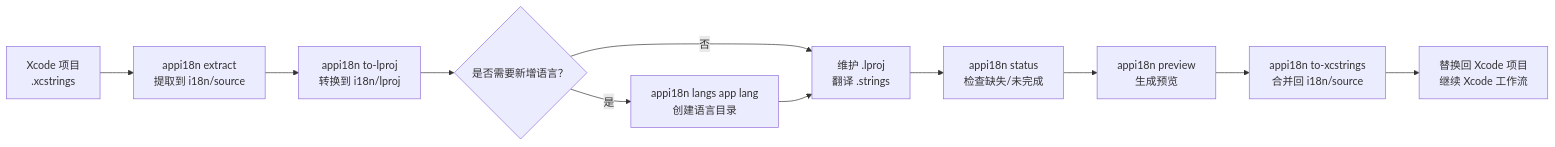
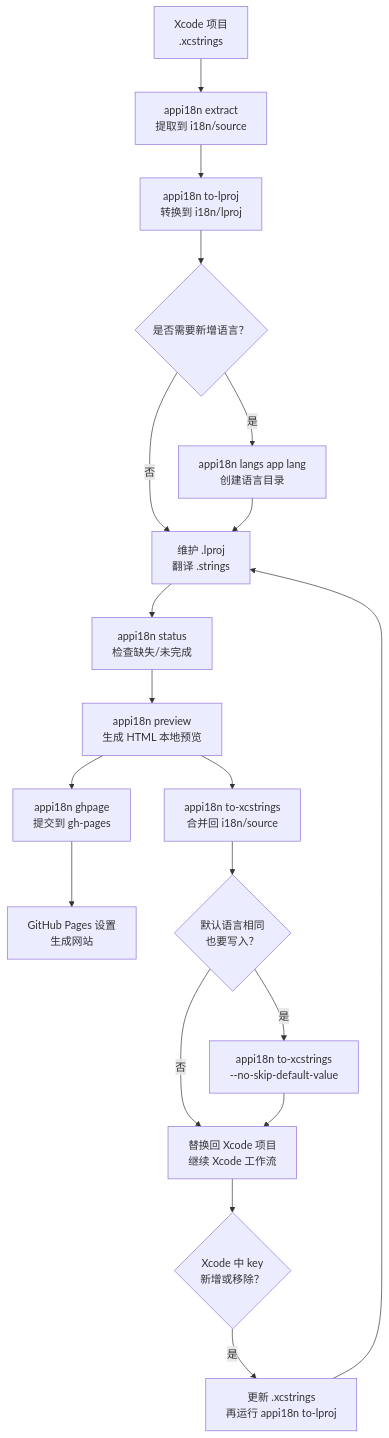
Before and after one commit to jaywcjlove/app-i18n: the diagram in README.zh.md, drawn with Mermaid. The commit also changed other lines of this file and 1 other file, not shown here.

````diff
--- a/README.zh.md
+++ b/README.zh.md
@@ -135,13 +141,21 @@
 ```mermaid
-flowchart LR
+flowchart TD
     A["Xcode 项目<br/>.xcstrings"] --> B["appi18n extract<br/>提取到 i18n/source"]
     B --> C["appi18n to-lproj<br/>转换到 i18n/lproj"]
     C --> D{"是否需要新增语言？"}
     D -- "是" --> E["appi18n langs app lang<br/>创建语言目录"]
     D -- "否" --> F["维护 .lproj<br/>翻译 .strings"]
     E --> F
     F --> G["appi18n status<br/>检查缺失/未完成"]
-    G --> H["appi18n preview<br/>生成预览"]
-    H --> I["appi18n to-xcstrings<br/>合并回 i18n/source"]
-    I --> J["替换回 Xcode 项目<br/>继续 Xcode 工作流"]
+    G --> H["appi18n preview<br/>生成 HTML 本地预览"]
+    H --> I["appi18n ghpage<br/>提交到 gh-pages"]
+    I --> J["GitHub Pages 设置<br/>生成网站"]
+    H --> K["appi18n to-xcstrings<br/>合并回 i18n/source"]
+    K --> L{"默认语言相同<br/>也要写入？"}
+    L -- "是" --> M["appi18n to-xcstrings<br/>--no-skip-default-value"]
+    L -- "否" --> N["替换回 Xcode 项目<br/>继续 Xcode 工作流"]
+    M --> N
+    N --> O{"Xcode 中 key<br/>新增或移除？"}
+    O -- "是" --> P["更新 .xcstrings<br/>再运行 appi18n to-lproj"]
+    P --> F
 ```
````
